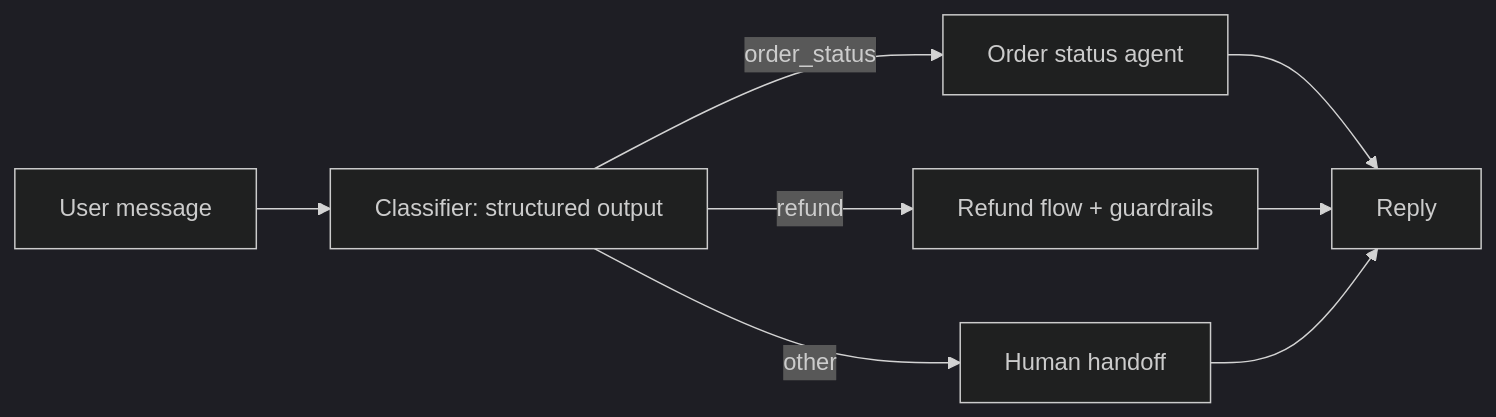
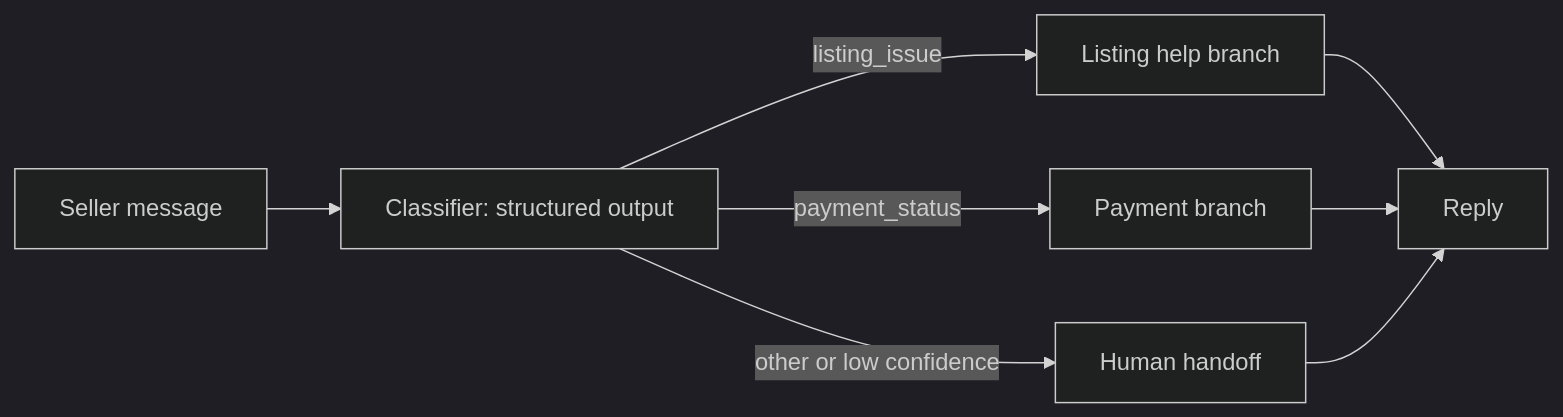
The third of 8 diagrams in content/11-agentic/03-workflow-patterns.md (flow6979/viewinter), drawn with Mermaid (dark theme) before and after one commit. The commit also changed other lines of this file and 26 other files, not shown here.

First line of the commit message:
Agentic AI: rewrite all 13 pages to explain from scratch; animate diagrams on every article

````diff
--- a/content/11-agentic/03-workflow-patterns.md
+++ b/content/11-agentic/03-workflow-patterns.md
@@ -113,10 +194,10 @@
 ```mermaid
 flowchart LR
-    U["User message"] --> C["Classifier: structured output"]
-    C -- "order_status" --> O["Order status agent"]
-    C -- "refund" --> R["Refund flow + guardrails"]
-    C -- "other" --> H["Human handoff"]
+    U["Seller message"] --> C["Classifier: structured output"]
+    C -->|listing_issue| O["Listing help branch"]
+    C -->|payment_status| R["Payment branch"]
+    C -->|other or low confidence| H["Human handoff"]
     O --> E["Reply"]
     R --> E
     H --> E
 ```
````
